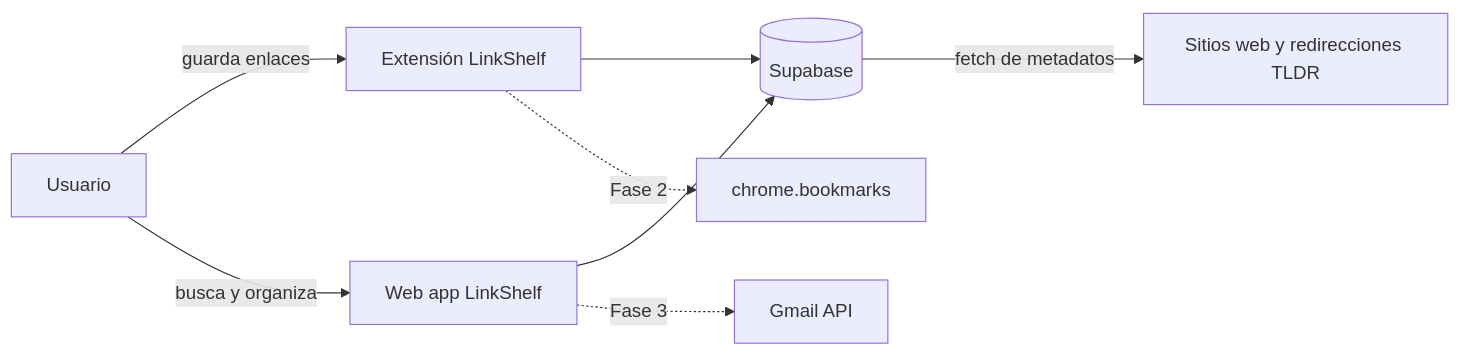
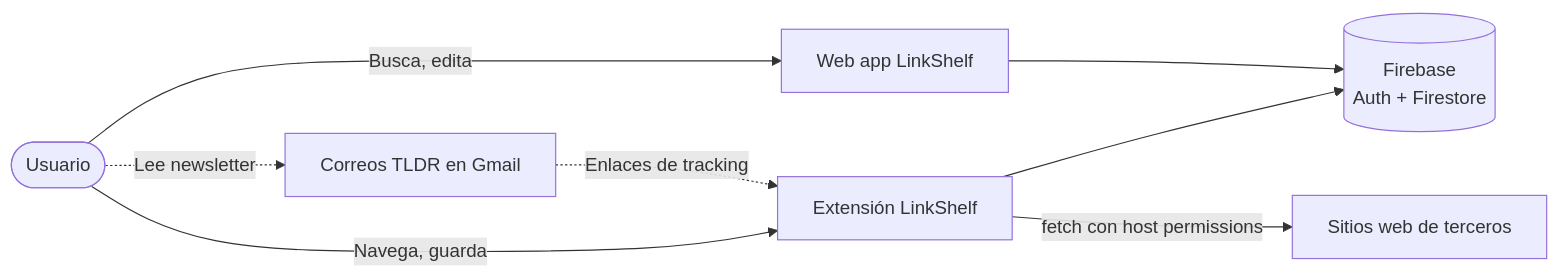
One commit to HugoFernandoColmenares/LinkShelf changed the first of 3 diagrams in docs/files/arquitectura.md. Above: the diagram before and after it, drawn with Mermaid. The commit also changed other lines of this file and 16 other files, not shown here.

````diff
--- a/docs/files/arquitectura.md
+++ b/docs/files/arquitectura.md
@@ -10,10 +15,10 @@
 ```mermaid
 flowchart LR
-    U[Usuario] -->|guarda enlaces| EXT[Extensión LinkShelf]
-    U -->|busca y organiza| WEB[Web app LinkShelf]
-    EXT --> SB[(Supabase)]
-    WEB --> SB
-    SB -->|fetch de metadatos| SITES[Sitios web y redirecciones TLDR]
-    WEB -.->|Fase 3| GMAIL[Gmail API]
-    EXT -.->|Fase 2| BM[chrome.bookmarks]
+  U([Usuario]) -->|Navega, guarda| EXT[Extensión LinkShelf]
+  U -->|Busca, edita| WEB[Web app LinkShelf]
+  EXT --> FB[(Firebase<br/>Auth + Firestore)]
+  WEB --> FB
+  EXT -->|fetch con host permissions| SITES[Sitios web de terceros]
+  U -.->|Lee newsletter| TLDR[Correos TLDR en Gmail]
+  TLDR -.->|Enlaces de tracking| EXT
 ```
````
